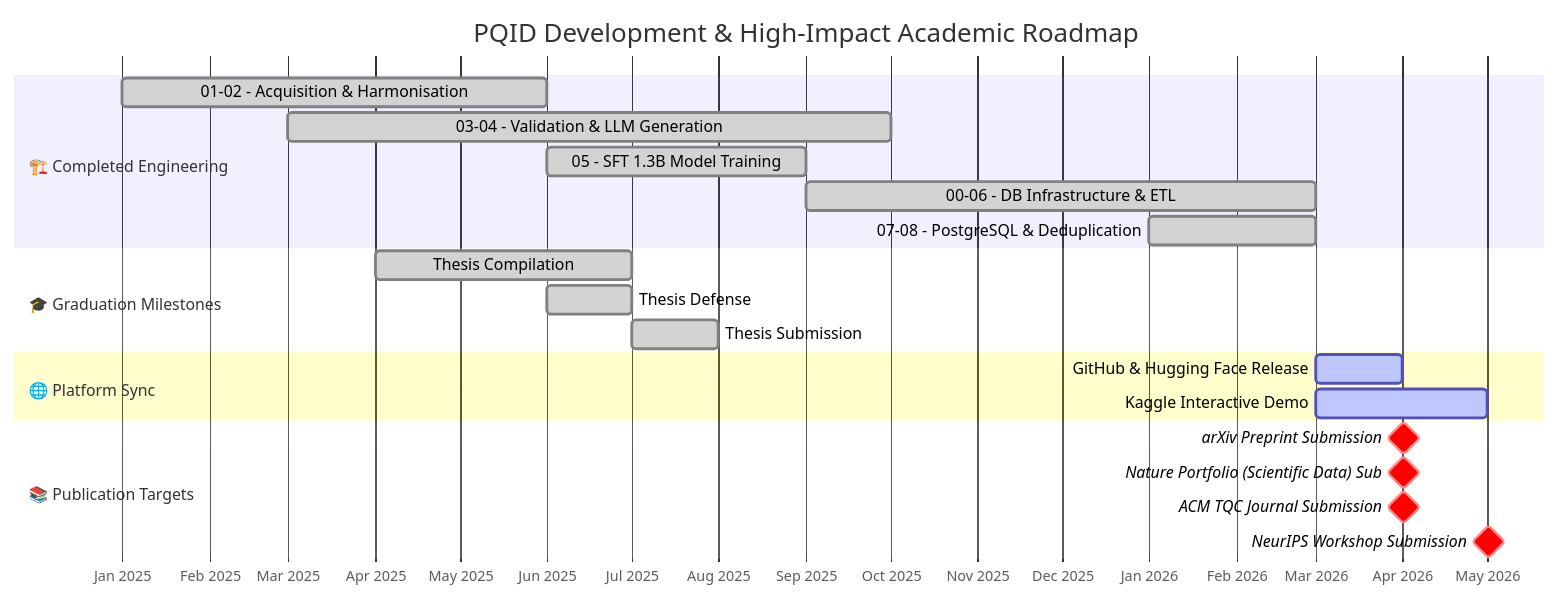
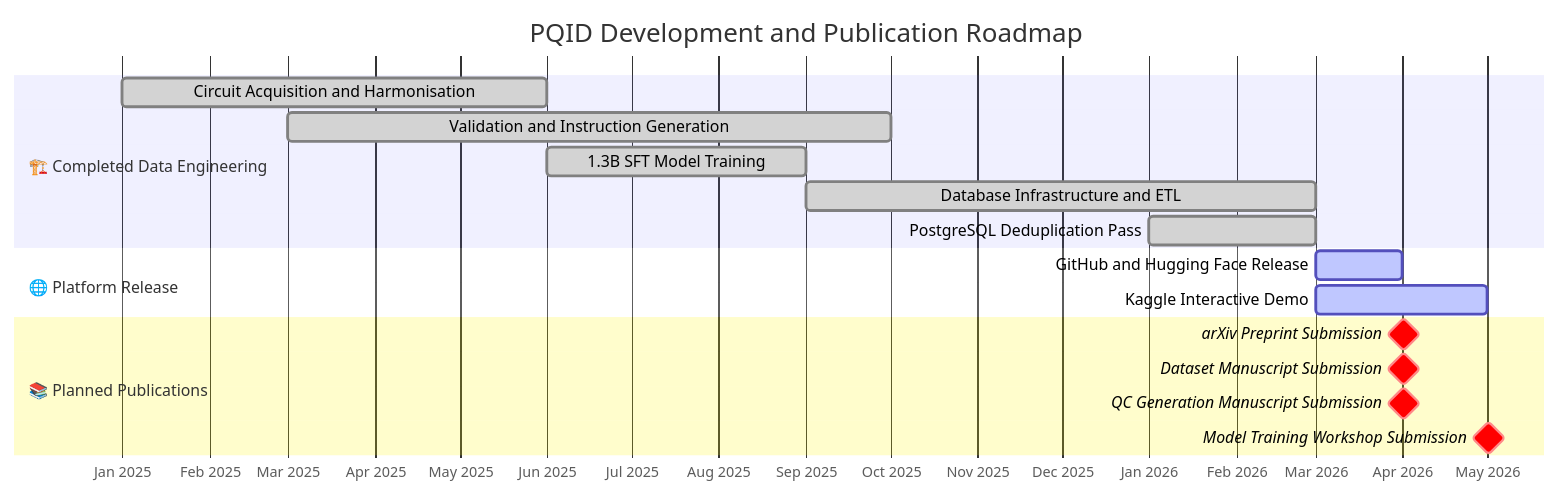
Before and after one commit to Elias-Abebe-Gasparini/PQID-Dataset: the third of 3 diagrams in ARCHITECTURE.mmd, drawn with Mermaid. The commit also changed other lines of this file and 1 other file, not shown here.

Commit message:
Added 'Limitations' section to TOC

````diff
--- a/ARCHITECTURE.mmd
+++ b/ARCHITECTURE.mmd
@@ -81,28 +81,23 @@
 ```mermaid
 gantt
-    title PQID Development & High-Impact Academic Roadmap
+    title PQID Development and Publication Roadmap
     dateFormat  YYYY-MM
     axisFormat  %b %Y
 
-    section 🏗️ Completed Engineering
-    01-02 - Acquisition & Harmonisation     :done, a1, 2025-01, 5M
-    03-04 - Validation & LLM Generation     :done, b1, 2025-03, 7M
-    05 - SFT 1.3B Model Training            :done, c1, 2025-06, 3M
-    00-06 - DB Infrastructure & ETL         :done, d1, 2025-09, 6M
-    07-08 - PostgreSQL & Deduplication      :done, d2, 2026-01, 2M
+    section 🏗️ Completed Data Engineering
+    Circuit Acquisition and Harmonisation    :done, a1, 2025-01, 5M
+    Validation and Instruction Generation    :done, b1, 2025-03, 7M
+    1.3B SFT Model Training                  :done, c1, 2025-06, 3M
+    Database Infrastructure and ETL          :done, d1, 2025-09, 6M
+    PostgreSQL Deduplication Pass            :done, d2, 2026-01, 2M
 
-    section 🎓 Graduation Milestones
-    Thesis Compilation                      :done, m1, 2025-04, 3M
-    Thesis Defense                          :done, m2, 2025-06, 1M
-    Thesis Submission                       :done, m3, 2025-07, 1M
+    section 🌐 Platform Release
+    GitHub and Hugging Face Release          :active, p1, 2026-03, 1M
+    Kaggle Interactive Demo                  :active, p2, 2026-03, 2M
 
-    section 🌐 Platform Sync
-    GitHub & Hugging Face Release           :active, p1, 2026-03, 1M
-    Kaggle Interactive Demo                 :active, p2, 2026-03, 2M
-
-    section 📚 Publication Targets
-    arXiv Preprint Submission               :crit, milestone, t1, 2026-04, 1d
-    Nature Portfolio (Scientific Data) Sub  :crit, milestone, t2, 2026-04, 1d
-    ACM TQC Journal Submission              :crit, milestone, t3, 2026-04, 1d
-    NeurIPS Workshop Submission             :crit, milestone, t4, 2026-05, 1d
+    section 📚 Planned Publications
+    arXiv Preprint Submission                :crit, milestone, t1, 2026-04, 1d
+    Dataset Manuscript Submission            :crit, milestone, t2, 2026-04, 1d
+    QC Generation Manuscript Submission      :crit, milestone, t3, 2026-04, 1d
+    Model Training Workshop Submission       :crit, milestone, t4, 2026-05, 1d
 ```
````
